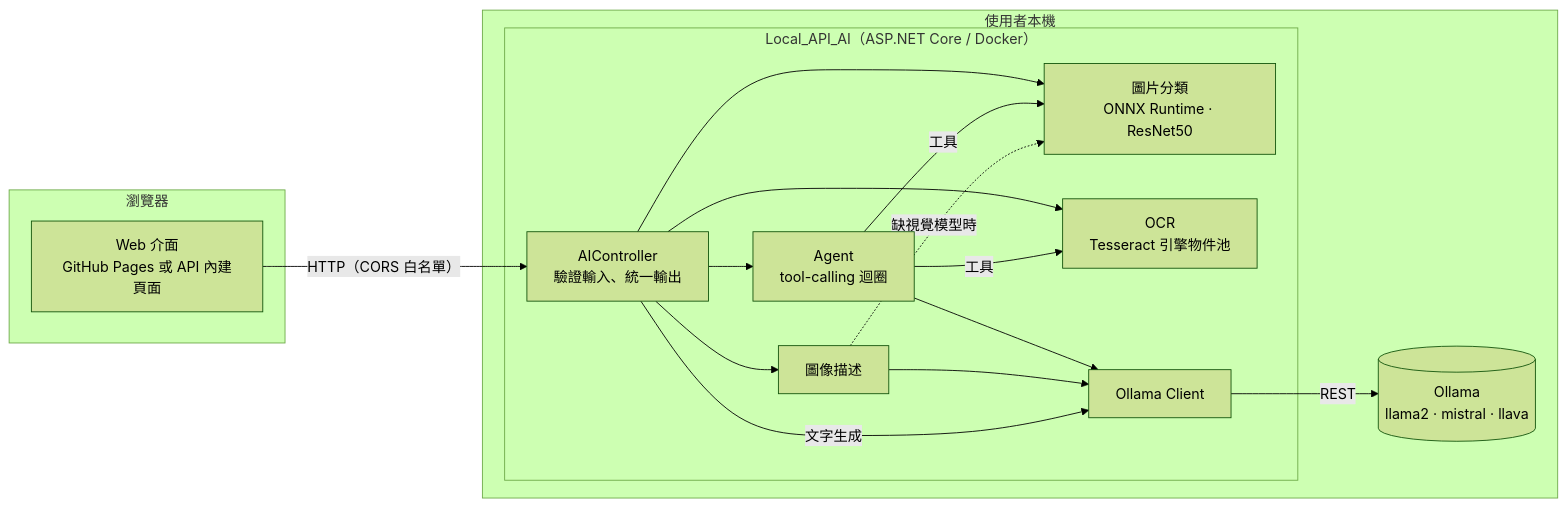
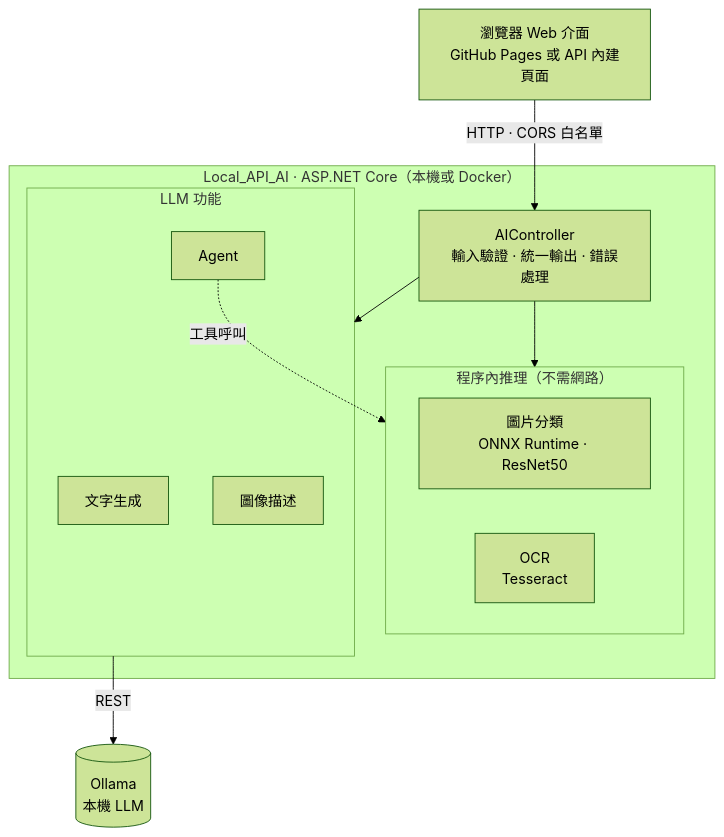
One commit to reedlin2002/Local_API_AI changed the first of 4 diagrams in README.md. Above: the diagram before and after it, drawn with Mermaid (forest theme). The commit also changed other lines of this file, not shown here.

Commit message:
docs: make architecture and agent diagrams easier to read

````diff
--- a/README.md
+++ b/README.md
@@ -64,31 +64,25 @@
 ```mermaid
-flowchart LR
-    subgraph Browser["瀏覽器"]
-        UI["Web 介面<br/>GitHub Pages 或 API 內建頁面"]
+flowchart TB
+    UI["瀏覽器 Web 介面<br/>GitHub Pages 或 API 內建頁面"]
+
+    subgraph API["Local_API_AI · ASP.NET Core（本機或 Docker）"]
+        C["AIController<br/>輸入驗證 · 統一輸出 · 錯誤處理"]
+        subgraph InProc["程序內推理（不需網路）"]
+            CLS["圖片分類<br/>ONNX Runtime · ResNet50"]
+            OCR["OCR<br/>Tesseract"]
+        end
+        subgraph LLM["LLM 功能"]
+            TXT["文字生成"]
+            DESC["圖像描述"]
+            AG["Agent"]
+        end
     end
 
-    subgraph Local["使用者本機"]
-        subgraph API["Local_API_AI（ASP.NET Core / Docker）"]
-            C["AIController<br/>驗證輸入、統一輸出"]
-            CLS["圖片分類<br/>ONNX Runtime · ResNet50"]
-            OCR["OCR<br/>Tesseract 引擎物件池"]
-            AG["Agent<br/>tool-calling 迴圈"]
-            DESC["圖像描述"]
-            OC["Ollama Client"]
-        end
-        OL[("Ollama<br/>llama2 · mistral · llava")]
-    end
+    OL[("Ollama<br/>本機 LLM")]
 
-    UI -- "HTTP（CORS 白名單）" --> C
-    C --> CLS
-    C --> OCR
-    C --> AG
-    C --> DESC
-    AG -- "工具" --> CLS
-    AG -- "工具" --> OCR
-    DESC -. "缺視覺模型時" .-> CLS
-    AG --> OC
-    DESC --> OC
-    C -- "文字生成" --> OC
-    OC -- "REST" --> OL
+    UI -->|"HTTP · CORS 白名單"| C
+    C --> InProc
+    C --> LLM
+    LLM -->|"REST"| OL
+    AG -.->|"工具呼叫"| InProc
 ```
````
